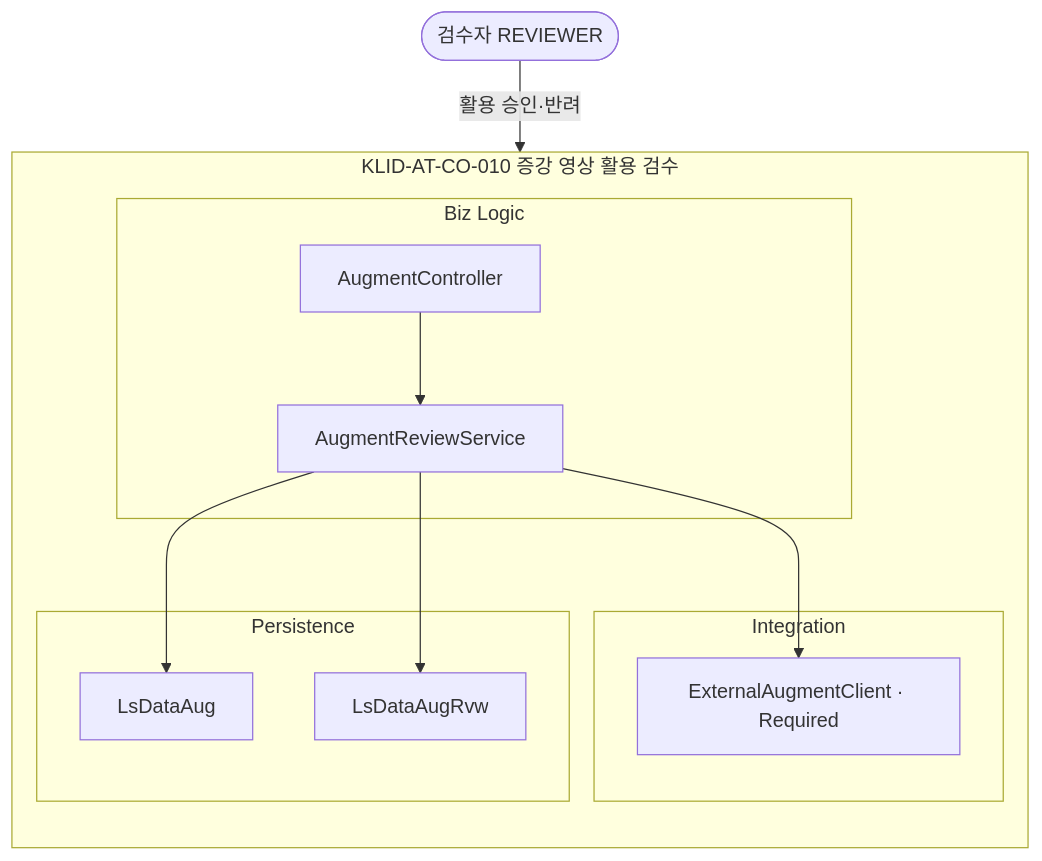
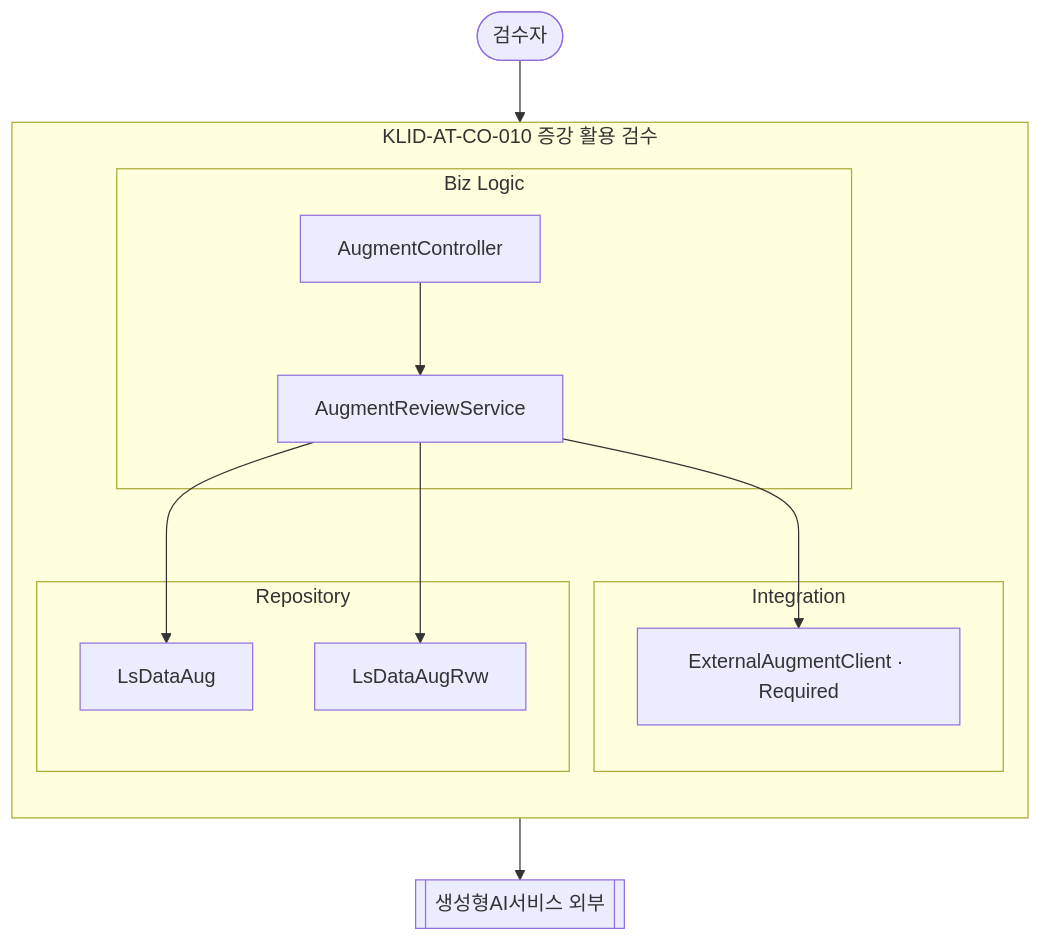
The tenth of 18 diagrams in docs/design/D3-컴포넌트설계서.md (New-stella/klid-label), drawn with Mermaid before and after one commit. The commit also changed other lines of this file and 7 other files, not shown here.

````diff
--- a/docs/design/D3-컴포넌트설계서.md
+++ b/docs/design/D3-컴포넌트설계서.md
@@ -325,23 +309,25 @@
 ```mermaid
 flowchart TD
-    REVIEWER([검수자 REVIEWER])
-    subgraph CO010[KLID-AT-CO-010 증강 영상 활용 검수]
+    REVIEWER([검수자])
+    GENAI[[생성형AI서비스 외부]]
+    subgraph CO010[KLID-AT-CO-010 증강 활용 검수]
         direction TB
         subgraph BIZ10[Biz Logic]
-            AC[AugmentController]
-            ARVS[AugmentReviewService]
+            ACT[AugmentController]
+            ARV[AugmentReviewService]
         end
         subgraph INT10[Integration]
-            EAC[ExternalAugmentClient · Required]
+            EAC10[ExternalAugmentClient · Required]
         end
-        subgraph PER10[Persistence]
-            LDA[LsDataAug]
-            LAR[LsDataAugRvw]
+        subgraph REP10[Repository]
+            AUG10[LsDataAug]
+            ARW[LsDataAugRvw]
         end
-        AC --> ARVS
-        ARVS --> EAC
-        ARVS --> LDA
-        ARVS --> LAR
+        ACT --> ARV
+        ARV --> AUG10
+        ARV --> ARW
+        ARV --> EAC10
     end
-    REVIEWER -->|활용 승인·반려| AC
+    REVIEWER --> ACT
+    EAC10 --> GENAI
 ```
````
